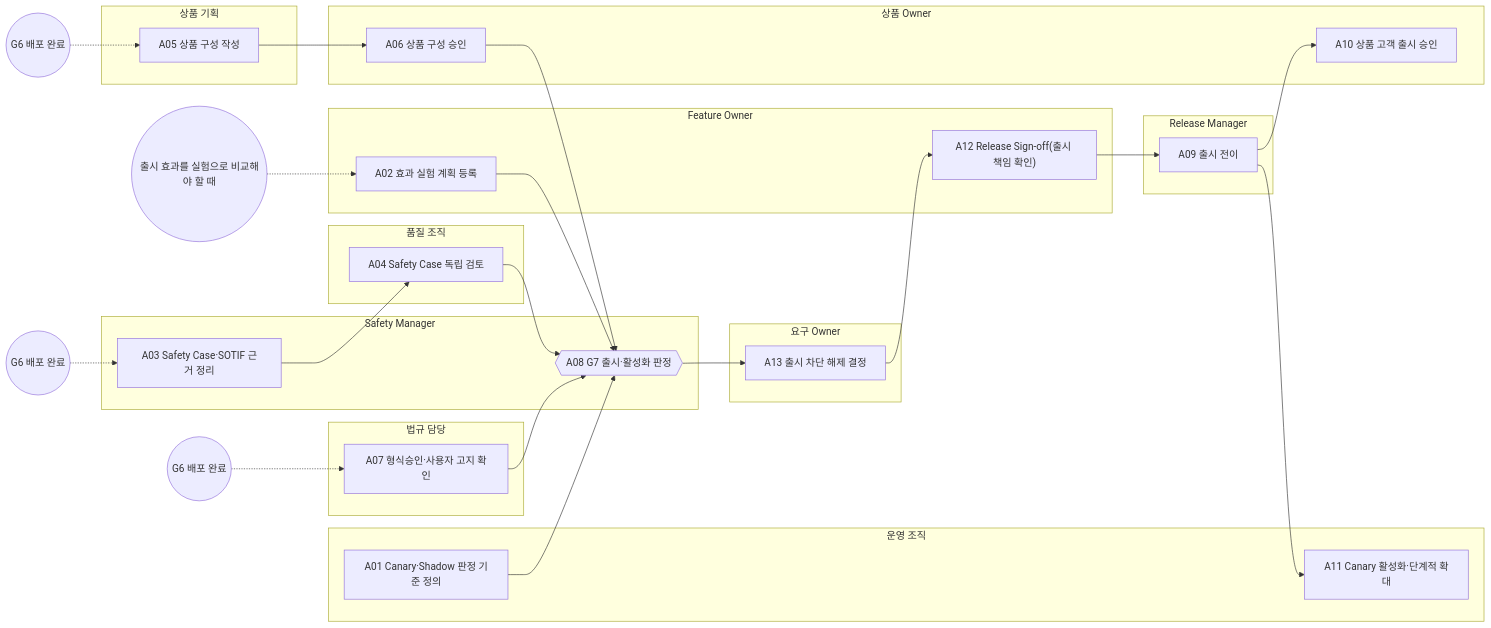
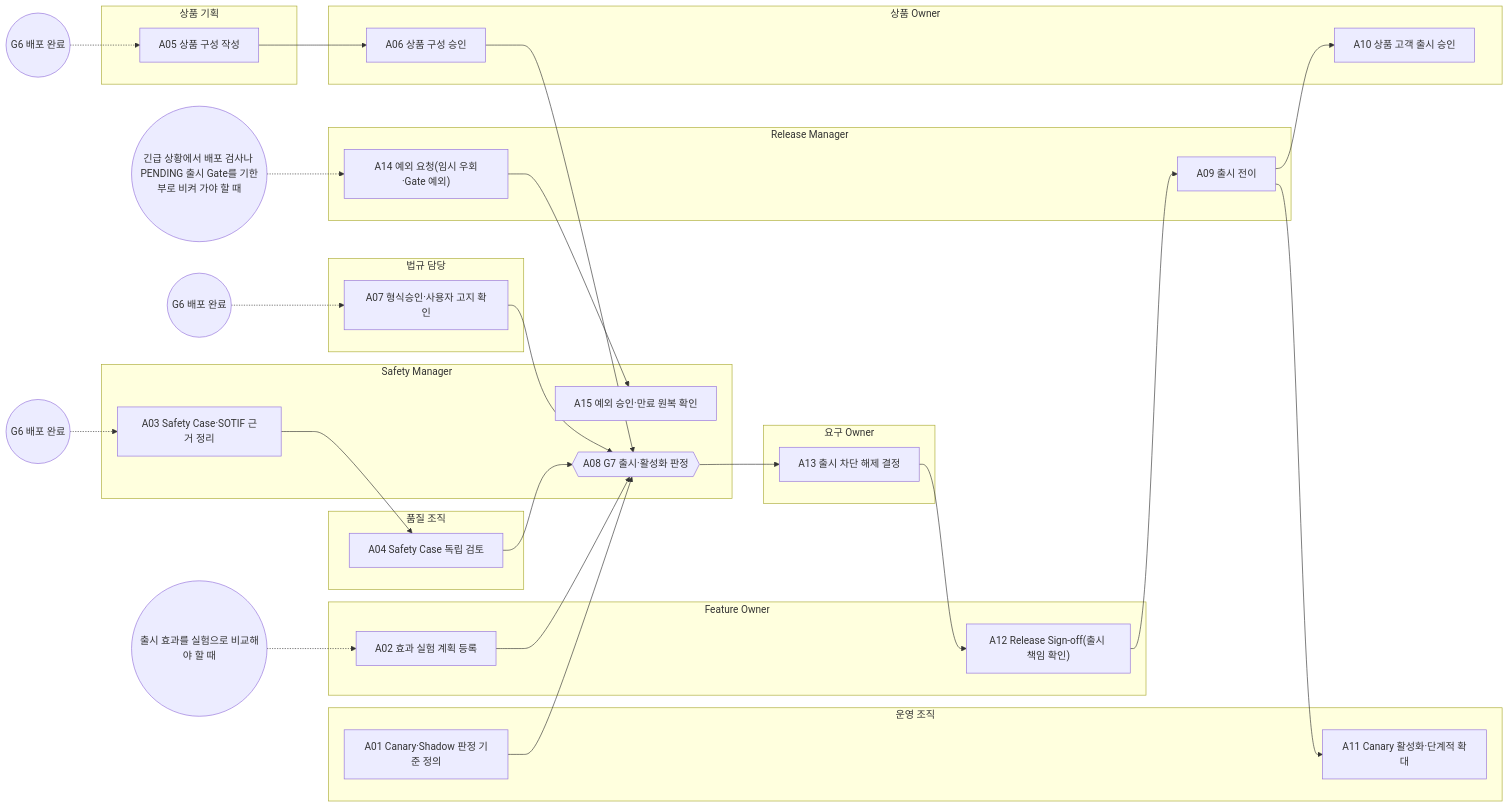
One commit to mutuuslab/feature-topology-platform changed the diagram in docs/65-workflows/out/processes/FPW.7.md. Above: the diagram before and after it, drawn with Mermaid. The commit also changed other lines of this file and 50 other files, not shown here.

````diff
--- a/docs/65-workflows/out/processes/FPW.7.md
+++ b/docs/65-workflows/out/processes/FPW.7.md
@@ -26,50 +26,54 @@
 ```mermaid
 flowchart LR
   subgraph R_OPS["운영 조직"]
     FPW_7_A01["A01 Canary·Shadow 판정 기준 정의"]
     FPW_7_A11["A11 Canary 활성화·단계적 확대"]
   end
   subgraph R_REQ["요구 Owner"]
     FPW_7_A13["A13 출시 차단 해제 결정"]
   end
+  subgraph R_REL["Release Manager"]
+    FPW_7_A14["A14 예외 요청(임시 우회·Gate 예외)"]
+    FPW_7_A09["A09 출시 전이"]
+  end
+  subgraph R_SM["Safety Manager"]
+    FPW_7_A15["A15 예외 승인·만료 원복 확인"]
+    FPW_7_A03["A03 Safety Case·SOTIF 근거 정리"]
+    FPW_7_A08{{"A08 G7 출시·활성화 판정"}}
+  end
   subgraph R_FO["Feature Owner"]
     FPW_7_A02["A02 효과 실험 계획 등록"]
     FPW_7_A12["A12 Release Sign-off(출시 책임 확인)"]
-  end
-  subgraph R_SM["Safety Manager"]
-    FPW_7_A03["A03 Safety Case·SOTIF 근거 정리"]
-    FPW_7_A08{{"A08 G7 출시·활성화 판정"}}
   end
   subgraph R_QA["품질 조직"]
     FPW_7_A04["A04 Safety Case 독립 검토"]
   end
   subgraph R_PDA["상품 기획"]
     FPW_7_A05["A05 상품 구성 작성"]
   end
   subgraph R_PO["상품 Owner"]
     FPW_7_A06["A06 상품 구성 승인"]
     FPW_7_A10["A10 상품 고객 출시 승인"]
   end
   subgraph R_REG["법규 담당"]
     FPW_7_A07["A07 형식승인·사용자 고지 확인"]
   end
-  subgraph R_REL["Release Manager"]
-    FPW_7_A09["A09 출시 전이"]
-  end
   FPW_7_A01 --> FPW_7_A08
   FPW_7_A13 --> FPW_7_A12
+  T_FPW_7_A14(("긴급 상황에서 배포 검사나 PENDING 출시 Gate를 기한부로 비켜 가야 할 때")) -.-> FPW_7_A14
+  FPW_7_A14 --> FPW_7_A15
   T_FPW_7_A02(("출시 효과를 실험으로 비교해야 할 때")) -.-> FPW_7_A02
   FPW_7_A02 --> FPW_7_A08
   T_FPW_7_A03(("G6 배포 완료")) -.-> FPW_7_A03
   FPW_7_A03 --> FPW_7_A04
   FPW_7_A04 --> FPW_7_A08
   T_FPW_7_A05(("G6 배포 완료")) -.-> FPW_7_A05
   FPW_7_A05 --> FPW_7_A06
   FPW_7_A06 --> FPW_7_A08
   T_FPW_7_A07(("G6 배포 완료")) -.-> FPW_7_A07
   FPW_7_A07 --> FPW_7_A08
   FPW_7_A08 --> FPW_7_A13
   FPW_7_A12 --> FPW_7_A09
   FPW_7_A09 --> FPW_7_A10
   FPW_7_A09 --> FPW_7_A11
 ```
````
